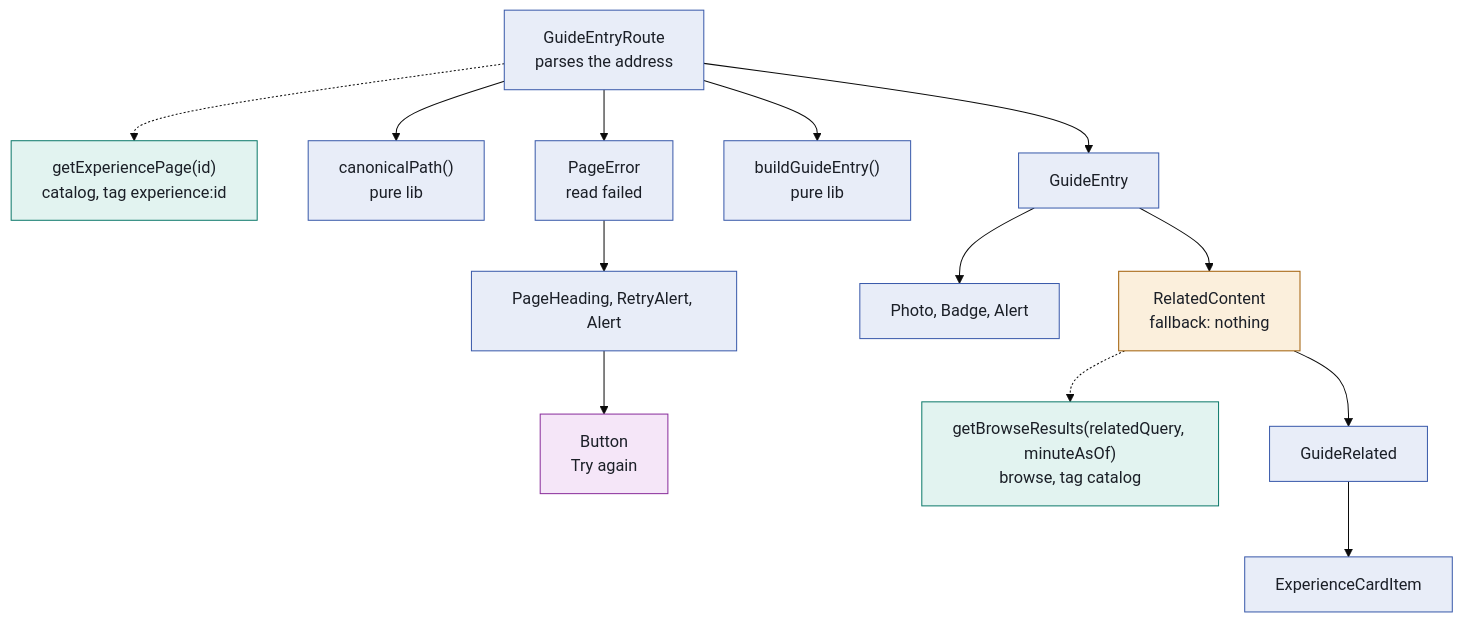
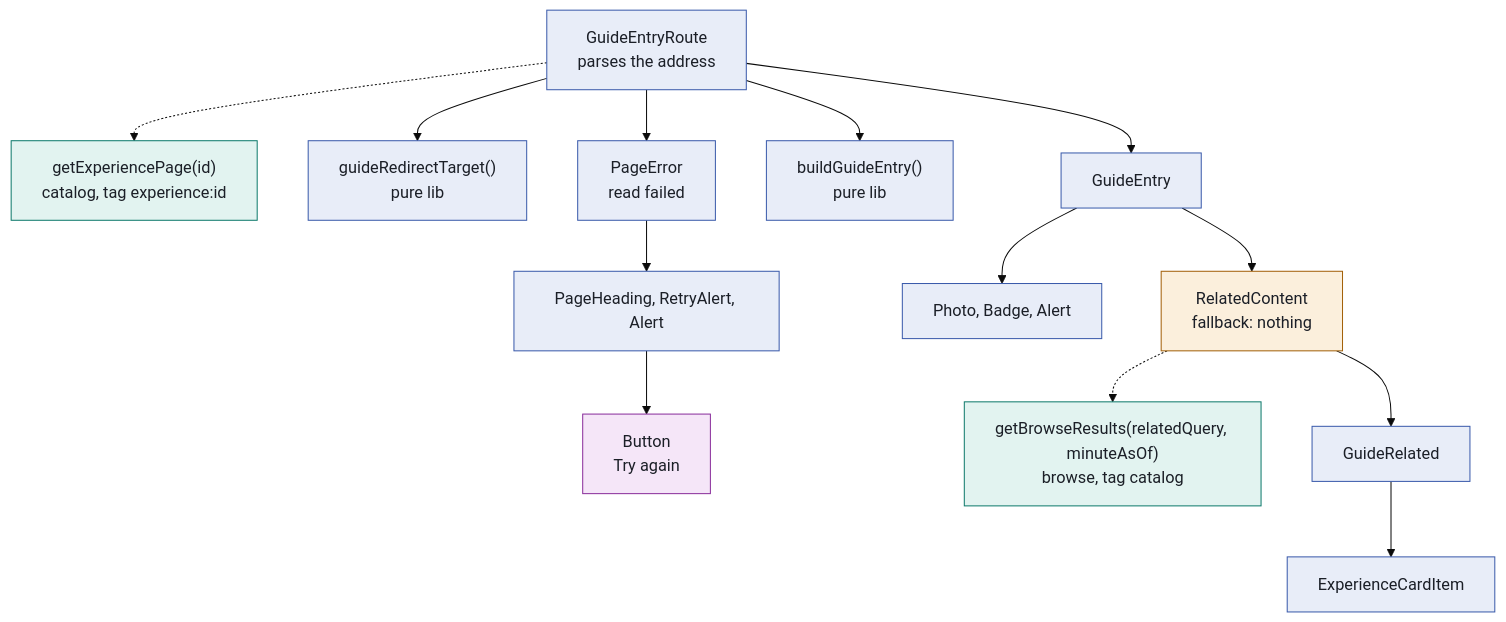
Before and after one commit to defaultdave/ramble: the ninth of 13 diagrams in src/app/(guest)/README.md, drawn with Mermaid (base theme). The commit also changed other lines of this file and 12 other files, not shown here.

````diff
--- a/src/app/(guest)/README.md
+++ b/src/app/(guest)/README.md
@@ -419,35 +419,35 @@
 ```mermaid
 flowchart TD
   classDef server fill:#e8edf8,stroke:#3b5bab,color:#1b1f27
   classDef cached fill:#e2f3f0,stroke:#0f7a6c,color:#1b1f27
   classDef streamed fill:#fbefdc,stroke:#a3610a,color:#1b1f27
   classDef client fill:#f5e6f8,stroke:#8a2f9c,color:#1b1f27
   classDef action fill:#fbe6e4,stroke:#b3261e,color:#1b1f27
 
   GR["GuideEntryRoute<br/>parses the address"]:::server
   GE["getExperiencePage(id)<br/>catalog, tag experience:id"]:::cached
-  CP["canonicalPath()<br/>pure lib"]:::server
+  CP["guideRedirectTarget()<br/>pure lib"]:::server
   PE["PageError<br/>read failed"]:::server
   RA["PageHeading, RetryAlert, Alert"]:::server
   BT["Button<br/>Try again"]:::client
   BG["buildGuideEntry()<br/>pure lib"]:::server
   GU["GuideEntry"]:::server
   PB["Photo, Badge, Alert"]:::server
   RC["RelatedContent<br/>fallback: nothing"]:::streamed
   GB["getBrowseResults(relatedQuery, minuteAsOf)<br/>browse, tag catalog"]:::cached
   GRL["GuideRelated"]:::server
   EC["ExperienceCardItem"]:::server
 
   GR -.-> GE
   GR --> CP
   GR --> PE
   GR --> BG
   GR --> GU
   PE --> RA
   RA --> BT
   GU --> PB
   GU --> RC
   RC -.-> GB
   RC --> GRL
   GRL --> EC
 ```
````
